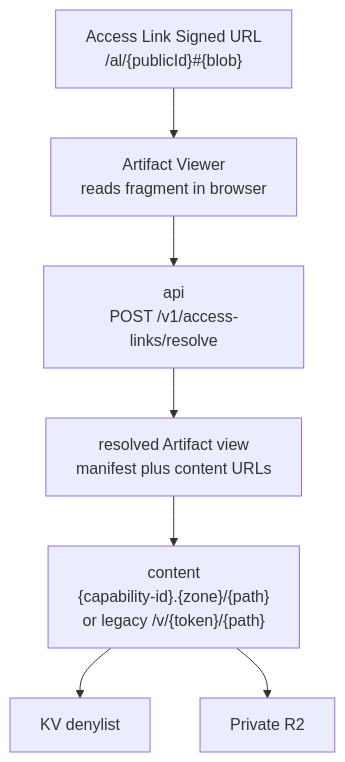
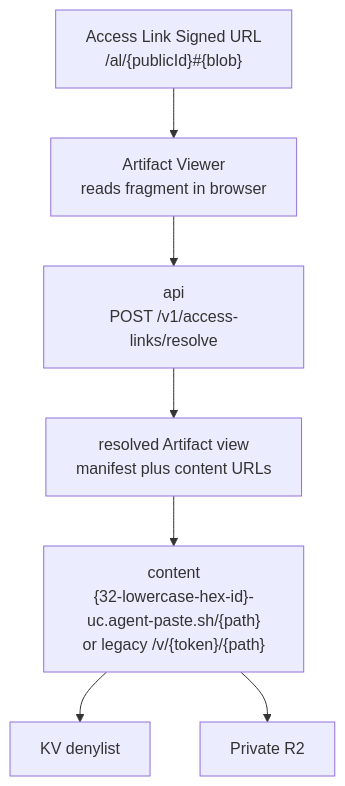
Before and after one commit to zaks-io/agent-paste: the third of 5 diagrams in docs/specs/architecture.md, drawn with Mermaid. The commit also changed 9 other files, not shown here.

````diff
--- a/docs/specs/architecture.md
+++ b/docs/specs/architecture.md
@@ -136,17 +136,17 @@
 ```mermaid
 flowchart TD
   link["Access Link Signed URL<br/>/al/{publicId}#{blob}"]
   viewer["Artifact Viewer<br/>reads fragment in browser"]
   resolve["api<br/>POST /v1/access-links/resolve"]
   manifest["resolved Artifact view<br/>manifest plus content URLs"]
-  content["content<br/>{capability-id}.{zone}/{path}<br/>or legacy /v/{token}/{path}"]
+  content["content<br/>{32-lowercase-hex-id}-uc.agent-paste.sh/{path}<br/>or legacy /v/{token}/{path}"]
   r2["Private R2"]
   kv["KV denylist"]
 
   link --> viewer
   viewer --> resolve
   resolve --> manifest
   manifest --> content
   content --> kv
   content --> r2
 ```
````
